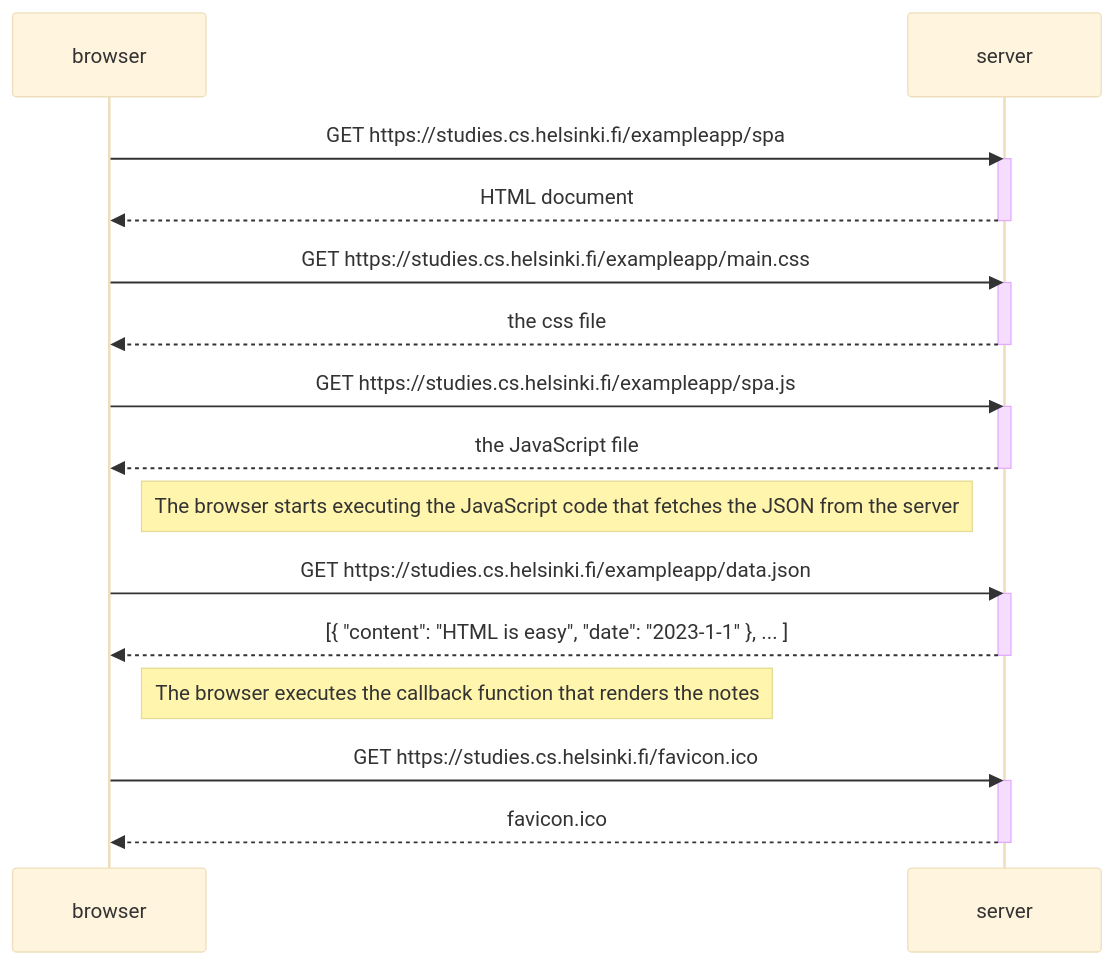
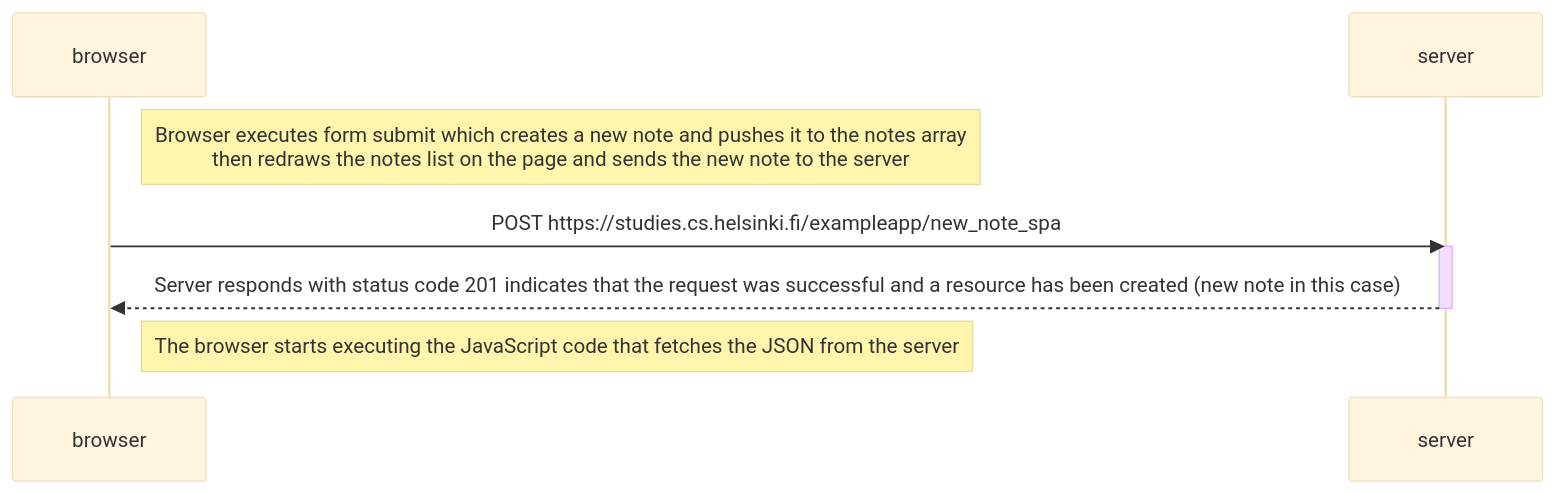
Before and after one commit to KaomN/full_stack_open: the diagram in part0/06/new_note_signle_page_add_diagram.md, drawn with Mermaid (base theme).

````diff
--- a/part0/06/new_note_signle_page_add_diagram.md
+++ b/part0/06/new_note_signle_page_add_diagram.md
@@ -1,34 +1,15 @@
 ```mermaid
 sequenceDiagram
 	participant browser
 	participant server
-	
-	browser->>server: GET https://studies.cs.helsinki.fi/exampleapp/spa
+
+	Note right of browser: Browser executes form submit which creates a new note and pushes it to the notes array <br/> then redraws the notes list on the page and sends the new note to the server
+
+	browser->>server: POST https://studies.cs.helsinki.fi/exampleapp/new_note_spa
 	activate server
-	server-->>browser: HTML document
-	deactivate server
-	
-	browser->>server: GET https://studies.cs.helsinki.fi/exampleapp/main.css
-	activate server
-	server-->>browser: the css file
-	deactivate server
-	
-	browser->>server: GET https://studies.cs.helsinki.fi/exampleapp/spa.js
-	activate server
-	server-->>browser: the JavaScript file
+	server-->>browser: Server responds with status code 201 indicates that the request was successful and a resource has been created (new note in this case)
 	deactivate server
 	
 	Note right of browser: The browser starts executing the JavaScript code that fetches the JSON from the server
-	
-	browser->>server: GET https://studies.cs.helsinki.fi/exampleapp/data.json
-	activate server
-	server-->>browser: [{ "content": "HTML is easy", "date": "2023-1-1" }, ... ]
-	deactivate server    
 
-	Note right of browser: The browser executes the callback function that renders the notes
-	
-	browser->>server: GET https://studies.cs.helsinki.fi/favicon.ico
-	activate server
-	server-->>browser: favicon.ico
-	deactivate server
 ```
````
